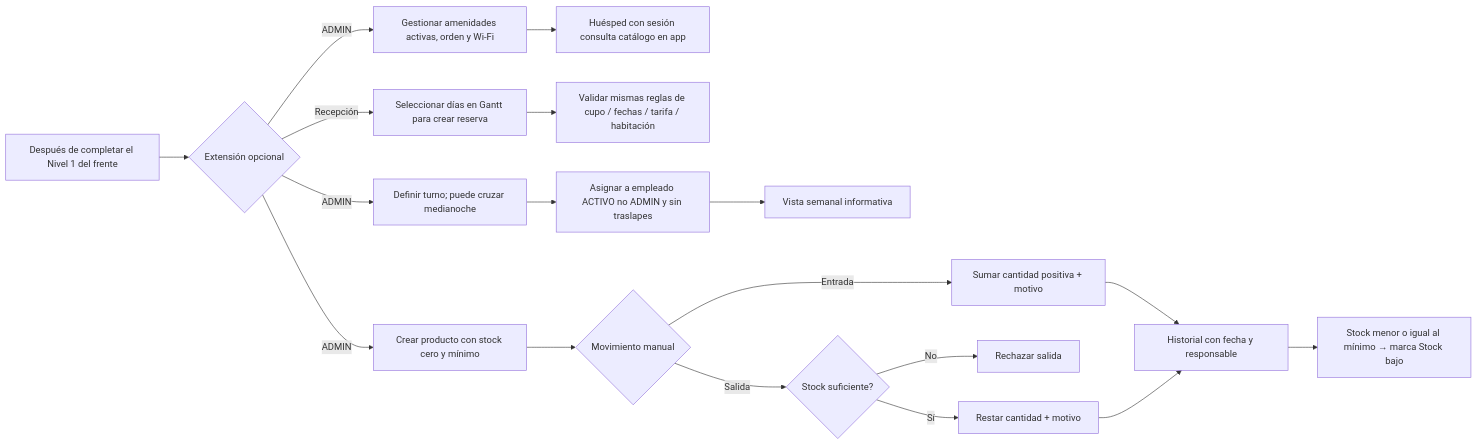
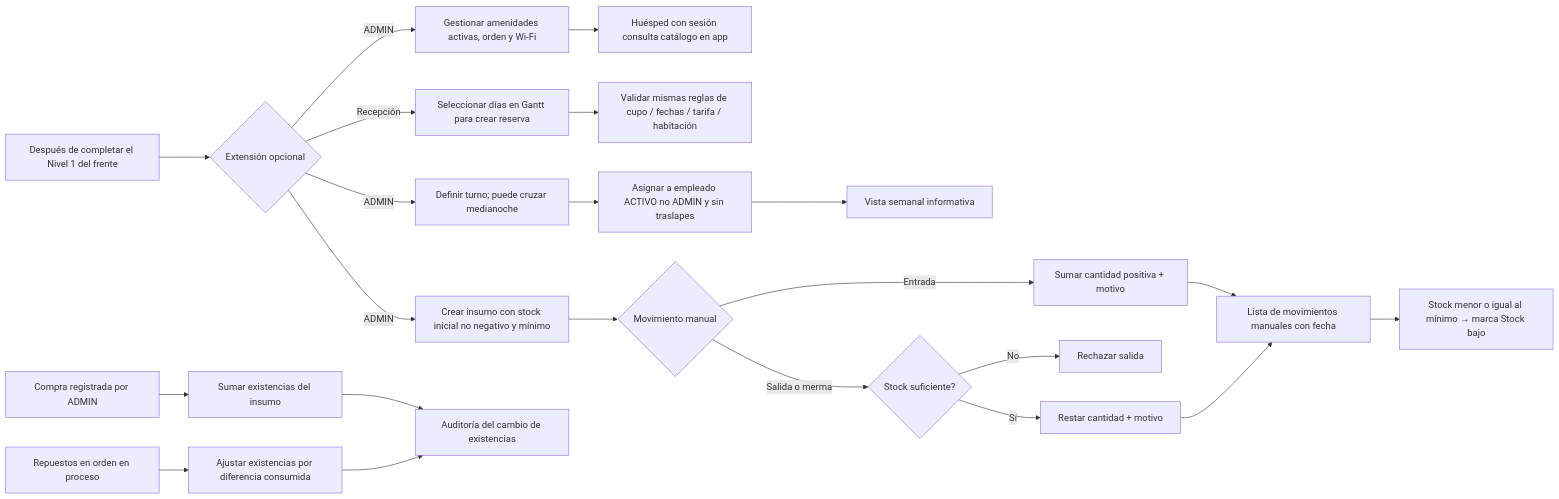
The diagram in 03-arquitectura/diagramas-sistema/25-actividad-las-cinco-historias-opcionales.md (villaserenaguatee/villa-serena-docs), drawn with Mermaid before and after one commit. The commit also changed other lines of this file and 15 other files, not shown here.

````diff
--- a/03-arquitectura/diagramas-sistema/25-actividad-las-cinco-historias-opcionales.md
+++ b/03-arquitectura/diagramas-sistema/25-actividad-las-cinco-historias-opcionales.md
@@ -7,19 +7,22 @@
 ```mermaid
 flowchart LR
   IN[Después de completar el Nivel 1 del frente] --> SEL{Extensión opcional}
   SEL -->|ADMIN| AM[Gestionar amenidades activas, orden y Wi-Fi]
   AM --> H[Huésped con sesión consulta catálogo en app]
   SEL -->|Recepción| GA[Seleccionar días en Gantt para crear reserva]
   GA --> V[Validar mismas reglas de cupo / fechas / tarifa / habitación]
   SEL -->|ADMIN| TU[Definir turno; puede cruzar medianoche]
   TU --> TV[Asignar a empleado ACTIVO no ADMIN y sin traslapes]
   TV --> TI[Vista semanal informativa]
-  SEL -->|ADMIN| IV[Crear producto con stock cero y mínimo]
+  SEL -->|ADMIN| IV[Crear insumo con stock inicial no negativo y mínimo]
   IV --> MV{Movimiento manual}
   MV -->|Entrada| EN[Sumar cantidad positiva + motivo]
-  MV -->|Salida| Q{Stock suficiente?}
+  MV -->|Salida o merma| Q{Stock suficiente?}
   Q -->|No| ER[Rechazar salida]
   Q -->|Sí| SA[Restar cantidad + motivo]
-  EN & SA --> HIS[Historial con fecha y responsable]
+  EN & SA --> HIS[Lista de movimientos manuales con fecha]
   HIS --> LOW[Stock menor o igual al mínimo → marca Stock bajo]
+  CO[Compra registrada por ADMIN] --> SUM[Sumar existencias del insumo]
+  OT[Repuestos en orden en proceso] --> DIF[Ajustar existencias por diferencia consumida]
+  SUM & DIF --> AU[Auditoría del cambio de existencias]
 ```
````
